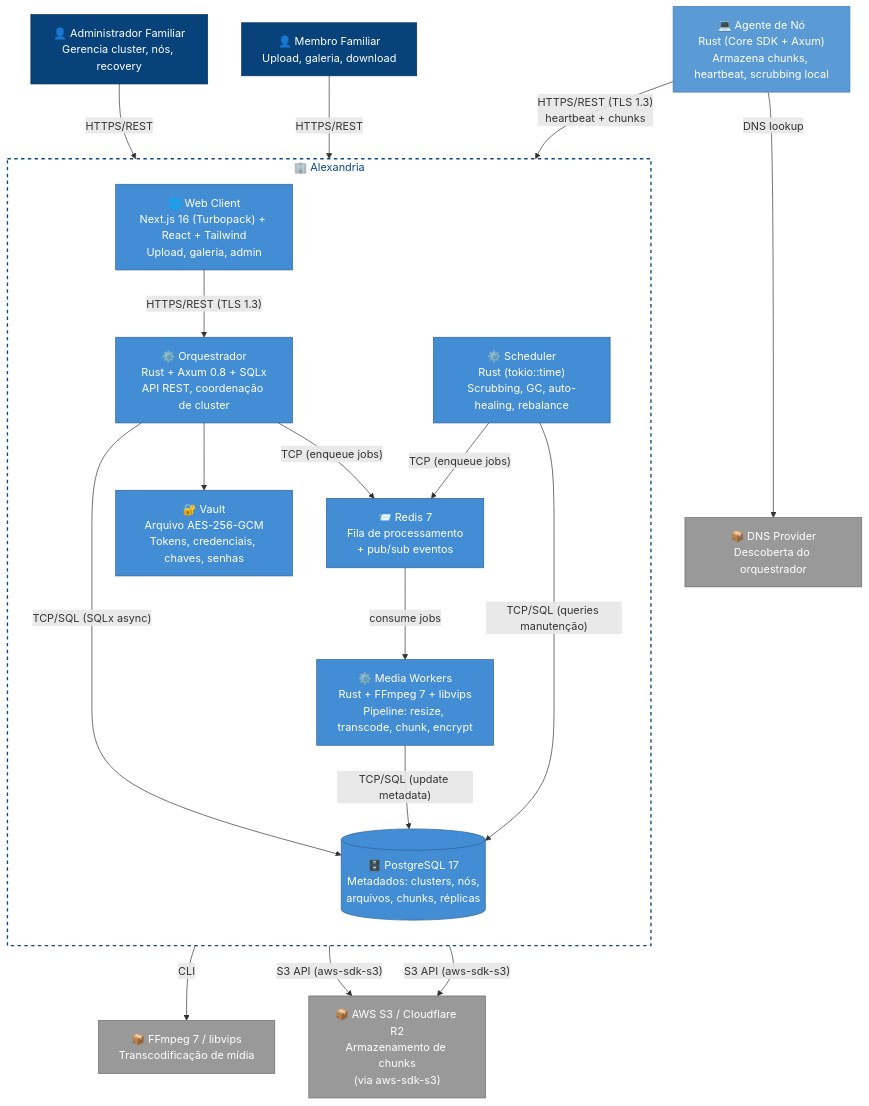
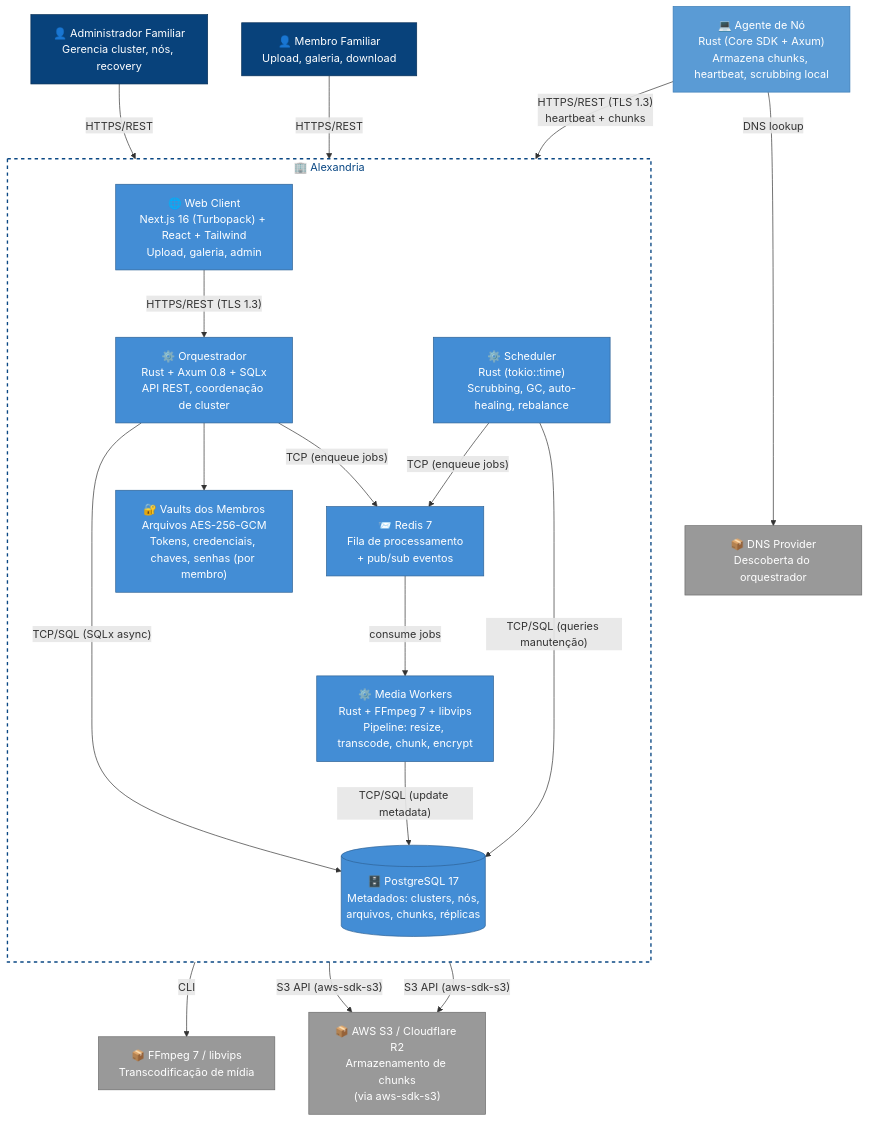
The diagram in docs/diagrams/containers/container-diagram.mmd (DouglasPrado/alexandria), drawn with Mermaid before and after one commit. The commit also changed 29 other files, not shown here.

Commit message:
patch: alteracao do vault para membros

```diff
--- a/docs/diagrams/containers/container-diagram.mmd
+++ b/docs/diagrams/containers/container-diagram.mmd
@@ -1,88 +1,88 @@
 %% C4 Nivel 2: Diagrama de Containers — Alexandria
 %% Referencia: docs/blueprint/06-system_architecture.md
 %% Versões: Rust + Axum 0.8, Next.js 16, PostgreSQL 17, Redis 7
 
 graph TB
     %% -------------------------------------------------------
     %% Atores
     %% -------------------------------------------------------
     Admin["👤 Administrador Familiar<br/>Gerencia cluster, nós, recovery"]
     Membro["👤 Membro Familiar<br/>Upload, galeria, download"]
 
     %% -------------------------------------------------------
     %% Dispositivos / Nós
     %% -------------------------------------------------------
     NodeAgent["💻 Agente de Nó<br/>Rust (Core SDK + Axum)<br/>Armazena chunks, heartbeat, scrubbing local"]
 
     %% -------------------------------------------------------
     %% Fronteira do Sistema
     %% -------------------------------------------------------
     subgraph SystemBoundary["🏢 Alexandria"]
         direction TB
 
         WebApp["🌐 Web Client<br/>Next.js 16 (Turbopack) + React + Tailwind<br/>Upload, galeria, admin"]
 
         API["⚙️ Orquestrador<br/>Rust + Axum 0.8 + SQLx<br/>API REST, coordenação de cluster"]
         Workers["⚙️ Media Workers<br/>Rust + FFmpeg 7 + libvips<br/>Pipeline: resize, transcode, chunk, encrypt"]
         Scheduler_C["⚙️ Scheduler<br/>Rust (tokio::time)<br/>Scrubbing, GC, auto-healing, rebalance"]
 
         DB[("🗄️ PostgreSQL 17<br/>Metadados: clusters, nós,<br/>arquivos, chunks, réplicas")]
         Queue["📨 Redis 7<br/>Fila de processamento<br/>+ pub/sub eventos"]
-        Vault_C["🔐 Vault<br/>Arquivo AES-256-GCM<br/>Tokens, credenciais, chaves, senhas"]
+        Vault_C["🔐 Vaults dos Membros<br/>Arquivos AES-256-GCM<br/>Tokens, credenciais, chaves, senhas (por membro)"]
     end
 
     %% -------------------------------------------------------
     %% Sistemas Externos
     %% -------------------------------------------------------
     S3["📦 AWS S3 / Cloudflare R2<br/>Armazenamento de chunks<br/>(via aws-sdk-s3)"]
     FFmpeg_C["📦 FFmpeg 7 / libvips<br/>Transcodificação de mídia"]
     DNS_C["📦 DNS Provider<br/>Descoberta do orquestrador"]
 
     %% -------------------------------------------------------
     %% Relacionamentos — Atores
     %% -------------------------------------------------------
     Admin -->|"HTTPS/REST"| WebApp
     Membro -->|"HTTPS/REST"| WebApp
 
     %% -------------------------------------------------------
     %% Frontend → Backend
     %% -------------------------------------------------------
     WebApp -->|"HTTPS/REST (TLS 1.3)"| API
 
     %% -------------------------------------------------------
     %% Backend interno
     %% -------------------------------------------------------
     API -->|"TCP/SQL (SQLx async)"| DB
     API -->|"TCP (enqueue jobs)"| Queue
     Queue -->|"consume jobs"| Workers
     Workers -->|"CLI"| FFmpeg_C
     Workers -->|"TCP/SQL (update metadata)"| DB
     Scheduler_C -->|"TCP/SQL (queries manutenção)"| DB
     Scheduler_C -->|"TCP (enqueue jobs)"| Queue
     API --> Vault_C
 
     %% -------------------------------------------------------
     %% Storage e Nós
     %% -------------------------------------------------------
     API -->|"S3 API (aws-sdk-s3)"| S3
     Workers -->|"S3 API (aws-sdk-s3)"| S3
     NodeAgent -->|"HTTPS/REST (TLS 1.3)<br/>heartbeat + chunks"| API
     NodeAgent -->|"DNS lookup"| DNS_C
 
     %% -------------------------------------------------------
     %% Estilos C4
     %% -------------------------------------------------------
     style SystemBoundary fill:none,stroke:#0b4884,stroke-width:2px,stroke-dasharray:5 5,color:#0b4884
     style WebApp fill:#438dd5,stroke:#2e6295,color:#fff
     style API fill:#438dd5,stroke:#2e6295,color:#fff
     style Workers fill:#438dd5,stroke:#2e6295,color:#fff
     style Scheduler_C fill:#438dd5,stroke:#2e6295,color:#fff
     style DB fill:#438dd5,stroke:#2e6295,color:#fff
     style Queue fill:#438dd5,stroke:#2e6295,color:#fff
     style Vault_C fill:#438dd5,stroke:#2e6295,color:#fff
     style Admin fill:#08427b,stroke:#052e56,color:#fff
     style Membro fill:#08427b,stroke:#052e56,color:#fff
     style NodeAgent fill:#5a9bd5,stroke:#3a7bb5,color:#fff
     style S3 fill:#999999,stroke:#6b6b6b,color:#fff
     style FFmpeg_C fill:#999999,stroke:#6b6b6b,color:#fff
     style DNS_C fill:#999999,stroke:#6b6b6b,color:#fff
```
